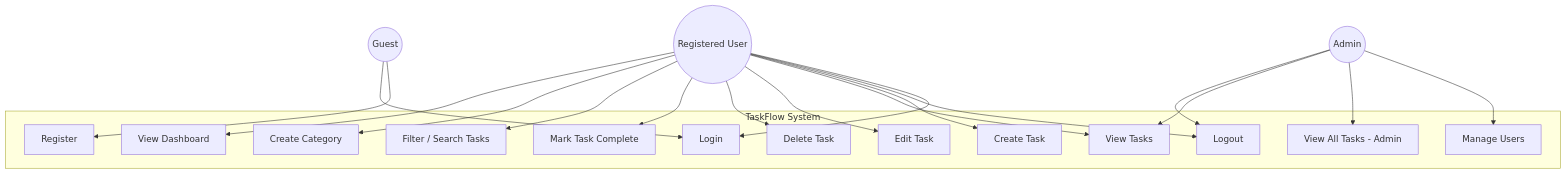
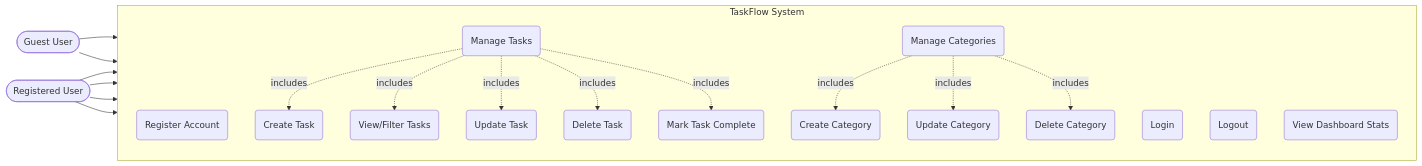
The diagram in useCaseDiagram.md (ramanverse/sesd), drawn with Mermaid before and after one commit. The commit also changed other lines of this file and 4 other files, not shown here.

Commit message:
docs: Add architecture diagrams and project idea

````diff
--- a/useCaseDiagram.md
+++ b/useCaseDiagram.md
@@ -15,41 +3,50 @@
 ```mermaid
-graph TD
-    Guest((Guest))
-    User((Registered User))
-    Admin((Admin))
+flowchart LR
+    %% Actors
+    User([Registered User])
+    Guest([Guest User])
 
-    subgraph TaskFlow System
-        UC1[Register]
-        UC2[Login]
-        UC3[Logout]
-        UC4[Create Task]
-        UC5[View Tasks]
-        UC6[Edit Task]
-        UC7[Delete Task]
-        UC8[Mark Task Complete]
-        UC9[Filter / Search Tasks]
-        UC10[Create Category]
-        UC11[View Dashboard]
-        UC12[Manage Users]
-        UC13[View All Tasks - Admin]
+    %% System Boundary
+    subgraph TaskFlow["TaskFlow System"]
+        direction TB
+        
+        UC1(Register Account)
+        UC2(Login)
+        UC3(Logout)
+        
+        UC4(Manage Tasks)
+        UC4a(Create Task)
+        UC4b(View/Filter Tasks)
+        UC4c(Update Task)
+        UC4d(Delete Task)
+        UC4e(Mark Task Complete)
+        
+        UC5(Manage Categories)
+        UC5a(Create Category)
+        UC5b(Update Category)
+        UC5c(Delete Category)
+        
+        UC6(View Dashboard Stats)
     end
 
+    %% Guest Relationships
     Guest --> UC1
     Guest --> UC2
 
-    User --> UC2
+    %% User Relationships
     User --> UC3
     User --> UC4
     User --> UC5
     User --> UC6
-    User --> UC7
-    User --> UC8
-    User --> UC9
-    User --> UC10
-    User --> UC11
 
-    Admin --> UC12
-    Admin --> UC13
-    Admin --> UC5
-    Admin --> UC3
+    %% Includes
+    UC4 -.->|includes| UC4a
+    UC4 -.->|includes| UC4b
+    UC4 -.->|includes| UC4c
+    UC4 -.->|includes| UC4d
+    UC4 -.->|includes| UC4e
+
+    UC5 -.->|includes| UC5a
+    UC5 -.->|includes| UC5b
+    UC5 -.->|includes| UC5c
 ```
````
